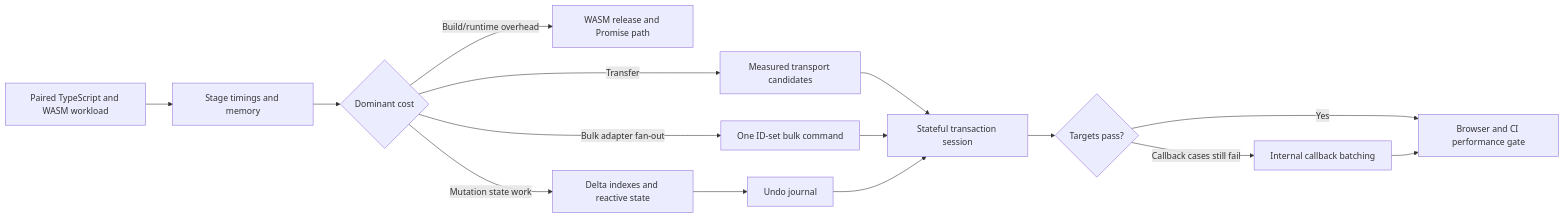
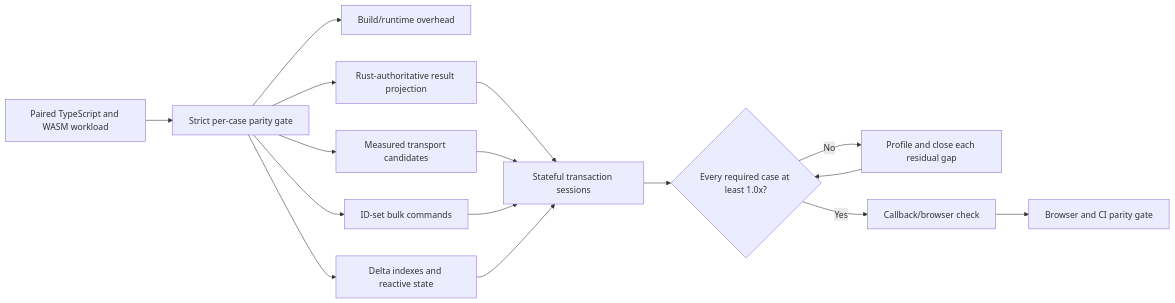
Before and after one commit to simonwjackson/proseql: the first of 2 diagrams in work/items/active/01KYWNNC4EQSMDE3GESRS837J3-wasm-engine-optimization/plan.md, drawn with Mermaid. The commit also changed other lines of this file and 1 other file, not shown here.

First line of the commit message:
docs(bench): raise WASM optimization goal to TypeScript parity

````diff
--- a/work/items/active/01KYWNNC4EQSMDE3GESRS837J3-wasm-engine-optimization/plan.md
+++ b/work/items/active/01KYWNNC4EQSMDE3GESRS837J3-wasm-engine-optimization/plan.md
@@ -151,17 +158,18 @@
 ```mermaid
 flowchart LR
-    A[Paired TypeScript and WASM workload] --> B[Stage timings and memory]
-    B --> C{Dominant cost}
-    C -->|Build/runtime overhead| D[WASM release and Promise path]
-    C -->|Transfer| E[Measured transport candidates]
-    C -->|Mutation state work| F[Delta indexes and reactive state]
-    C -->|Bulk adapter fan-out| G[One ID-set bulk command]
-    F --> H[Undo journal]
-    E --> I[Stateful transaction session]
-    G --> I
-    H --> I
-    I --> J{Targets pass?}
-    J -->|Callback cases still fail| K[Internal callback batching]
-    J -->|Yes| L[Browser and CI performance gate]
-    K --> L
+    A[Paired TypeScript and WASM workload] --> B[Strict per-case parity gate]
+    B --> C[Build/runtime overhead]
+    B --> D[Rust-authoritative result projection]
+    B --> E[Measured transport candidates]
+    B --> F[ID-set bulk commands]
+    B --> G[Delta indexes and reactive state]
+    D --> H[Stateful transaction sessions]
+    E --> H
+    F --> H
+    G --> H
+    H --> I{Every required case at least 1.0x?}
+    I -->|No| J[Profile and close each residual gap]
+    I -->|Yes| K[Callback/browser check]
+    J --> I
+    K --> L[Browser and CI parity gate]
 ```
````
